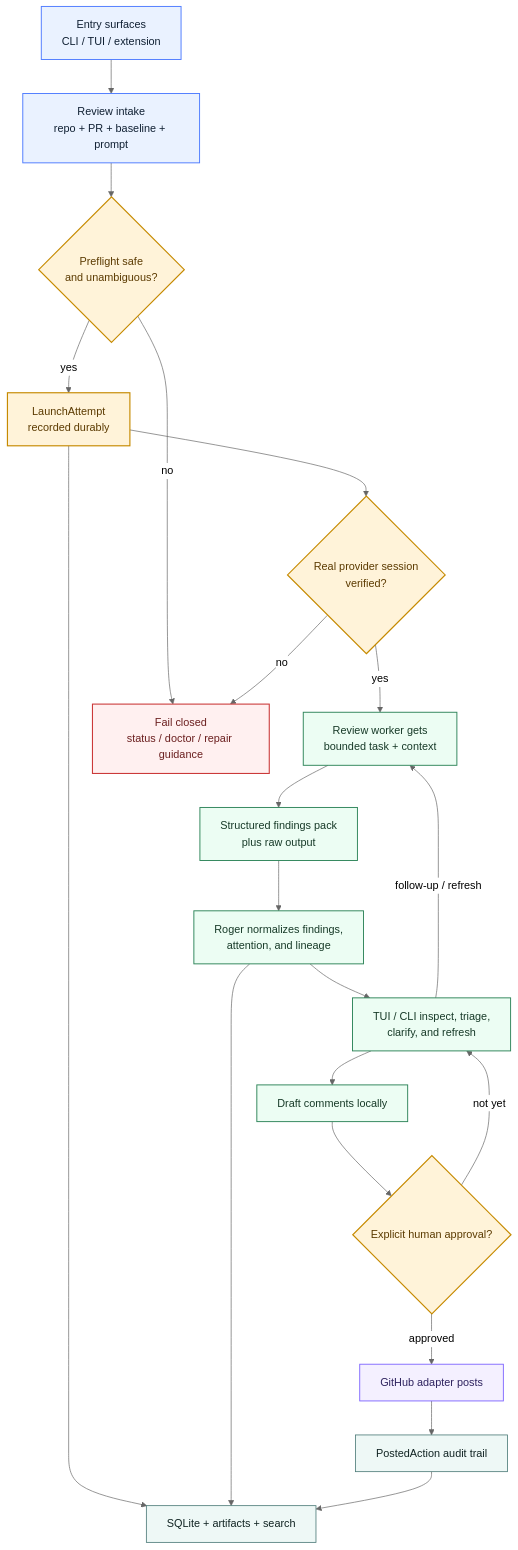
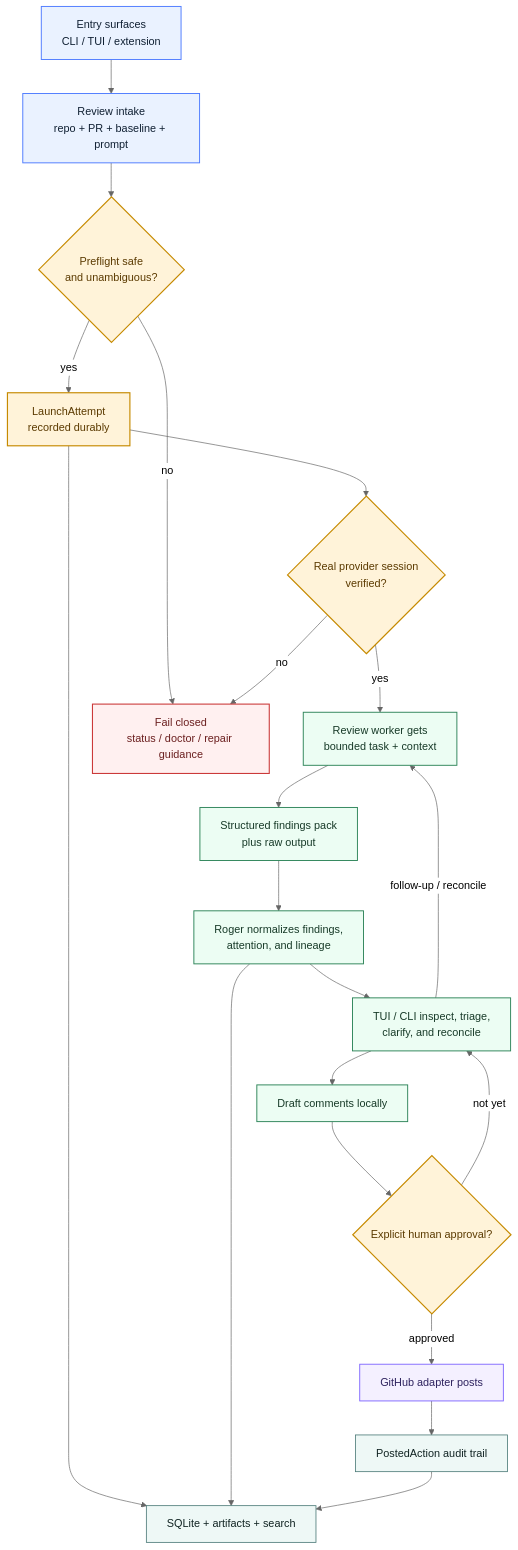
The diagram in README.md (cdilga/roger-reviewer), drawn with Mermaid (neutral theme) before and after one commit. The commit also changed other lines of this file and 105 other files, not shown here.

````diff
--- a/README.md
+++ b/README.md
@@ -144,38 +147,38 @@
 ```mermaid
 flowchart TD
     classDef entry fill:#EAF2FF,stroke:#4F7CFF,color:#102033,stroke-width:1.4px;
     classDef gate fill:#FFF3D9,stroke:#C68A00,color:#5B3A00,stroke-width:1.7px;
     classDef core fill:#ECFDF3,stroke:#2F855A,color:#173A28,stroke-width:1.4px;
     classDef data fill:#EEF8F6,stroke:#4C7A78,color:#102322,stroke-width:1.2px;
     classDef blocked fill:#FFF0F0,stroke:#CB3A3A,color:#6B1F1F,stroke-width:1.6px;
     classDef external fill:#F4F0FF,stroke:#7B61FF,color:#2D225E,stroke-width:1.3px;
 
     ENTRY["Entry surfaces<br/>CLI / TUI / extension"]:::entry
     INTAKE["Review intake<br/>repo + PR + baseline + prompt"]:::entry
     PREFLIGHT{"Preflight safe<br/>and unambiguous?"}:::gate
     ATTEMPT["LaunchAttempt<br/>recorded durably"]:::gate
     VERIFY{"Real provider session<br/>verified?"}:::gate
     WORKER["Review worker gets<br/>bounded task + context"]:::core
     PACK["Structured findings pack<br/>plus raw output"]:::core
     NORMALIZE["Roger normalizes findings,<br/>attention, and lineage"]:::core
-    INSPECT["TUI / CLI inspect, triage,<br/>clarify, and refresh"]:::core
+    INSPECT["TUI / CLI inspect, triage,<br/>clarify, and reconcile"]:::core
     DRAFT["Draft comments locally"]:::core
     APPROVE{"Explicit human approval?"}:::gate
     POST["GitHub adapter posts"]:::external
     AUDIT["PostedAction audit trail"]:::data
     STORE["SQLite + artifacts + search"]:::data
     BLOCK["Fail closed<br/>status / doctor / repair guidance"]:::blocked
 
     ENTRY --> INTAKE --> PREFLIGHT
     PREFLIGHT -- no --> BLOCK
     PREFLIGHT -- yes --> ATTEMPT
     ATTEMPT --> STORE
     ATTEMPT --> VERIFY
     VERIFY -- no --> BLOCK
     VERIFY -- yes --> WORKER --> PACK --> NORMALIZE --> INSPECT
     NORMALIZE --> STORE
-    INSPECT -- follow-up / refresh --> WORKER
+    INSPECT -- follow-up / reconcile --> WORKER
     INSPECT --> DRAFT --> APPROVE
     APPROVE -- not yet --> INSPECT
     APPROVE -- approved --> POST --> AUDIT --> STORE
 ```
````
